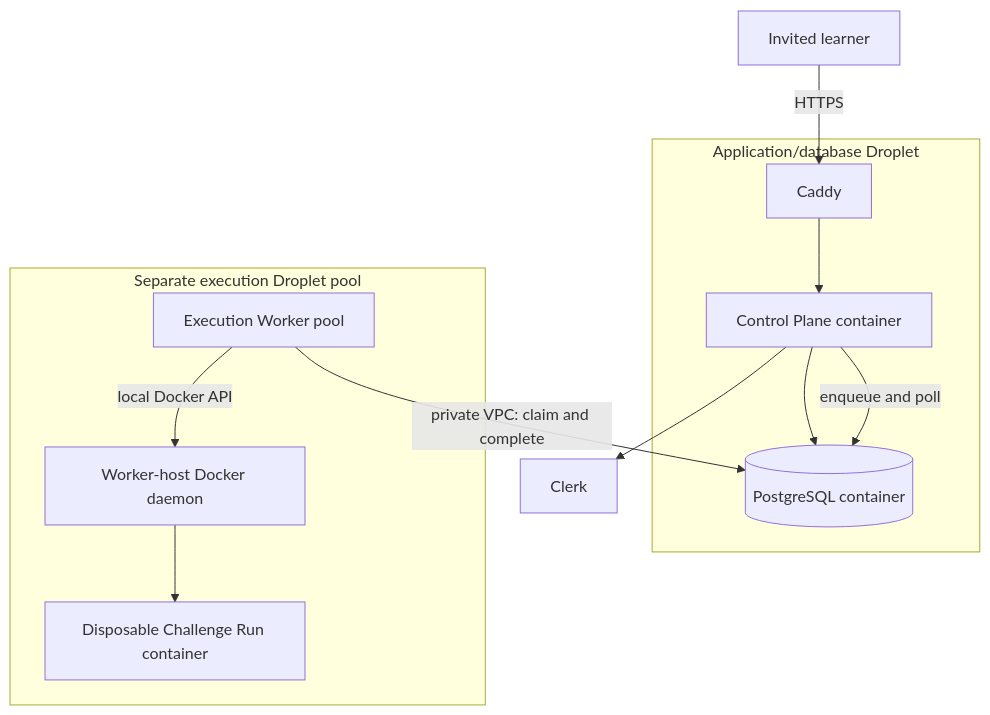
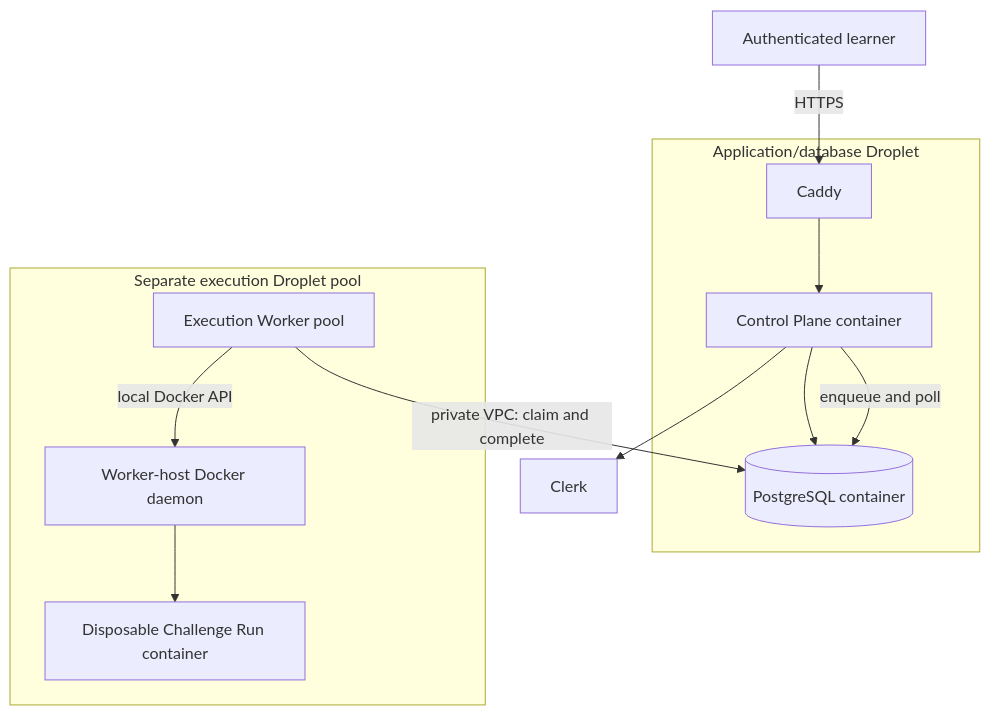
Before and after one commit to oseni99/makeitgreen: the diagram in greenline/DEPLOY_DIGITALOCEAN.md, drawn with Mermaid. The commit also changed other lines of this file and 5 other files, not shown here.

````diff
--- a/greenline/DEPLOY_DIGITALOCEAN.md
+++ b/greenline/DEPLOY_DIGITALOCEAN.md
@@ -108,23 +108,23 @@
 ```mermaid
 flowchart TB
-    U[Invited learner] -->|HTTPS| C[Caddy]
+    U[Authenticated learner] -->|HTTPS| C[Caddy]
     C --> A[Control Plane container]
     A --> P[(PostgreSQL container)]
     A --> K[Clerk]
     A -->|enqueue and poll| P
     W[Execution Worker pool] -->|private VPC: claim and complete| P
     W -->|local Docker API| D[Worker-host Docker daemon]
     D --> R[Disposable Challenge Run container]
 
     subgraph Application/database Droplet
       C
       A
       P
     end
 
     subgraph Separate execution Droplet pool
       W
       D
       R
     end
 ```
````
